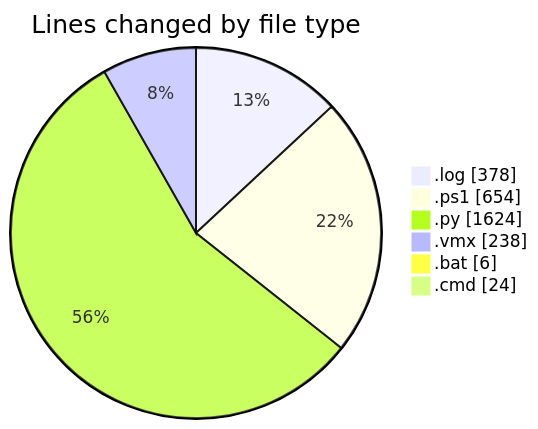
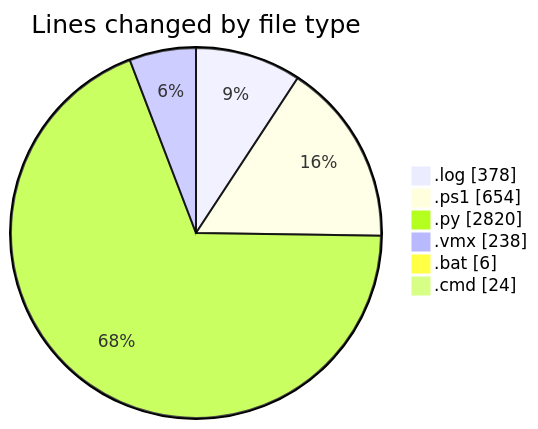
The first of 2 diagrams in 2026-07-08/twenty_versions_aminor/README.md (shibass792/code-tracking), drawn with Mermaid before and after one commit. The commit also changed other lines of this file and 1 other file, not shown here.

````diff
--- a/2026-07-08/twenty_versions_aminor/README.md
+++ b/2026-07-08/twenty_versions_aminor/README.md
@@ -30,10 +33,10 @@
 ```mermaid
 pie showData
 title Lines changed by file type
 ".log" : 378
 ".ps1" : 654
-".py" : 1624
+".py" : 2820
 ".vmx" : 238
 ".bat" : 6
 ".cmd" : 24
 ```
````
